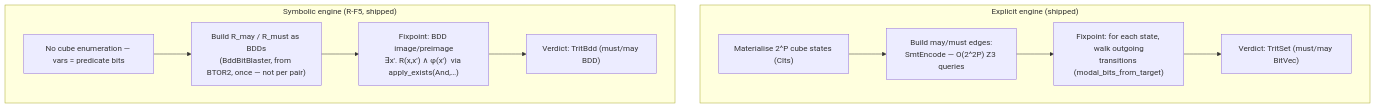
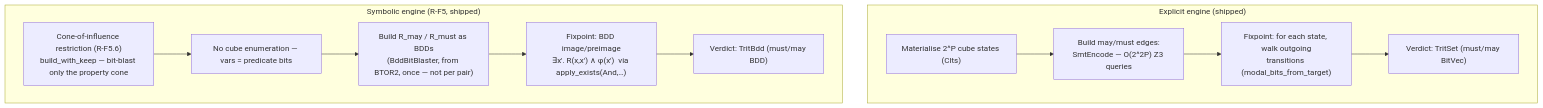
One commit to vscorza/mununu changed the ninth of 13 diagrams in docs/design/post-rf5-architecture.md. Above: the diagram before and after it, drawn with Mermaid. The commit also changed other lines of this file, not shown here.

First line of the commit message:
docs(architecture): R-F5.6 shipped + per-engine operation-mode diagrams

````diff
--- a/docs/design/post-rf5-architecture.md
+++ b/docs/design/post-rf5-architecture.md
@@ -296,17 +393,18 @@
 ```mermaid
 flowchart TB
   subgraph EX["Explicit engine (shipped)"]
     ex1["Materialise 2^P cube states (Clts)"]
     ex2["Build may/must edges:<br/>SmtEncode — O(2^2P) Z3 queries"]
     ex3["Fixpoint: for each state, walk outgoing<br/>transitions (modal_bits_from_target)"]
     ex4["Verdict: TritSet (must/may BitVec)"]
     ex1 --> ex2 --> ex3 --> ex4
   end
   subgraph SY["Symbolic engine (R-F5, shipped)"]
+    sy0["Cone-of-influence restriction (R-F5.6)<br/>build_with_keep — bit-blast only the property cone"]
     sy1["No cube enumeration — vars = predicate bits"]
     sy2["Build R_may / R_must as BDDs<br/>(BddBitBlaster, from BTOR2, once — not per pair)"]
     sy3["Fixpoint: BDD image/preimage<br/>∃x'. R(x,x') ∧ φ(x')  via apply_exists(And,…)"]
     sy4["Verdict: TritBdd (must/may BDD)"]
-    sy1 --> sy2 --> sy3 --> sy4
+    sy0 --> sy1 --> sy2 --> sy3 --> sy4
   end
 ```
````
